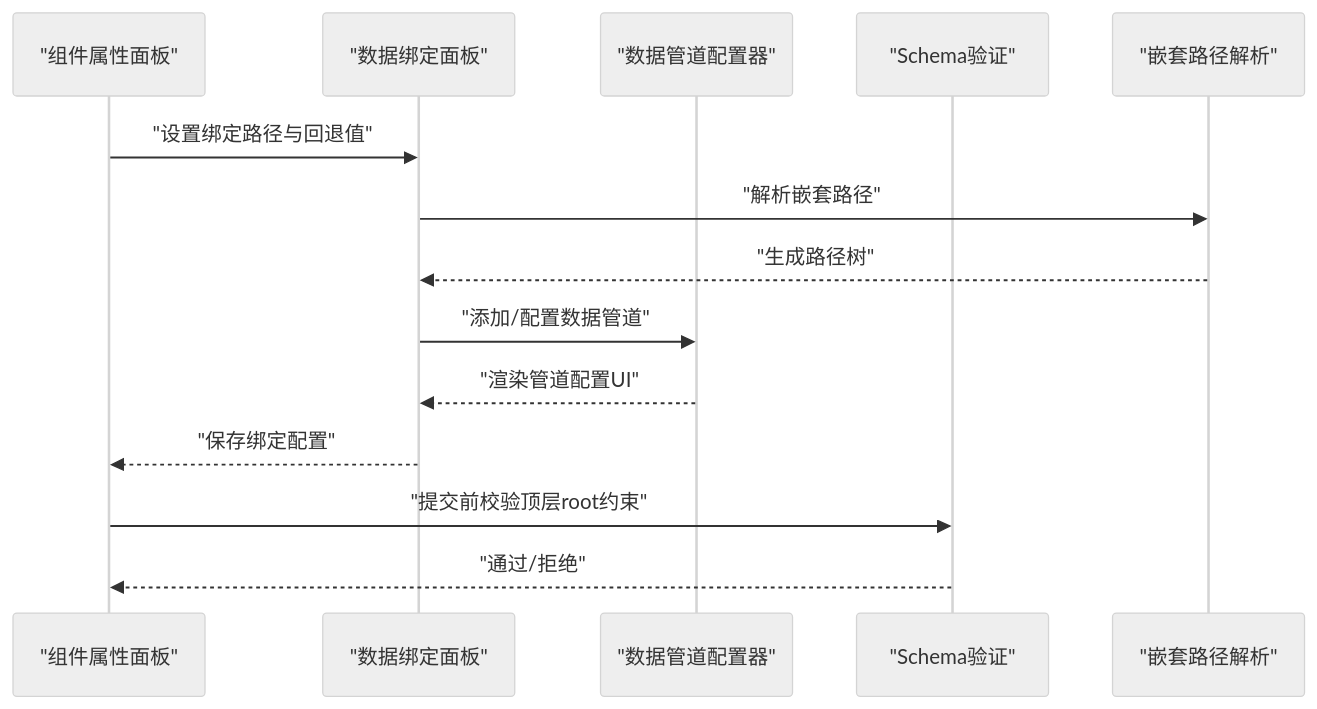
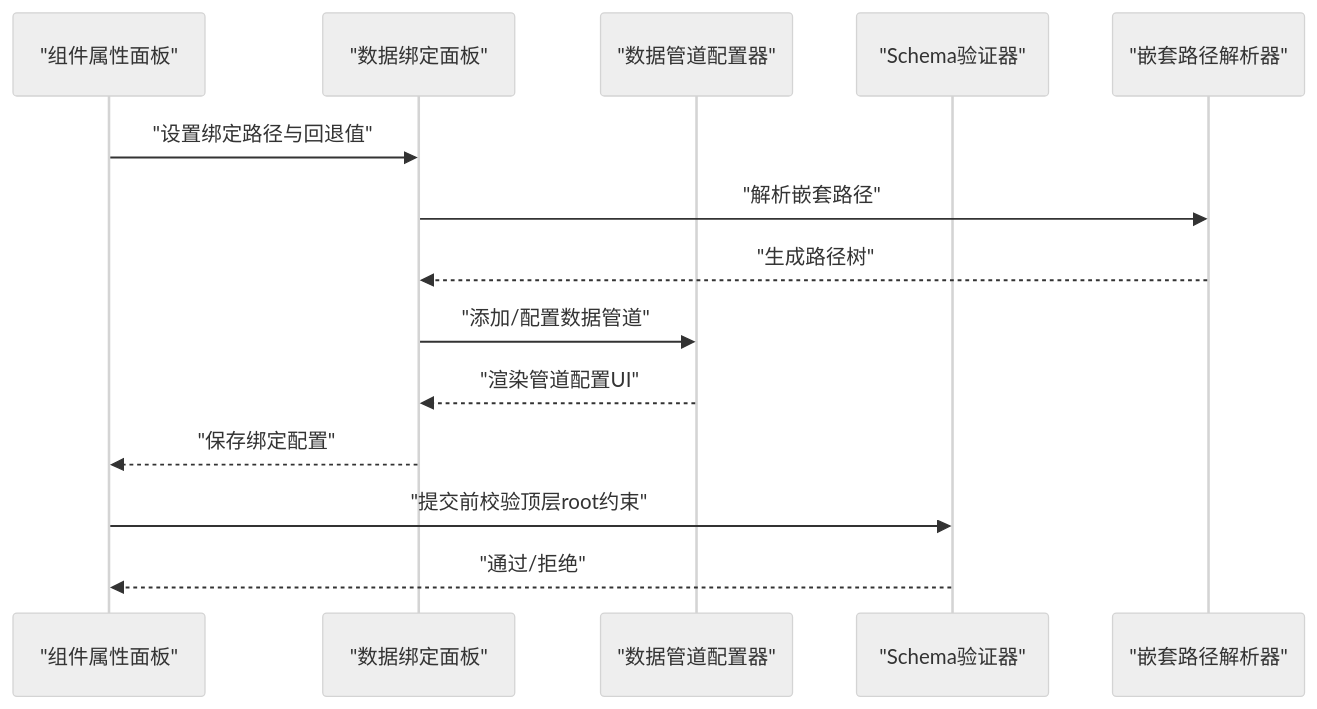
One commit to joker-yjc/printer changed the fifth of 9 diagrams in .qoder/repowiki/zh/content/设计器前端应用/数据绑定系统/Schema管理.md. Above: the diagram before and after it, drawn with Mermaid (neutral theme). The commit also changed other lines of this file and 44 other files, not shown here.

````diff
--- a/.qoder/repowiki/zh/content/设计器前端应用/数据绑定系统/Schema管理.md
+++ b/.qoder/repowiki/zh/content/设计器前端应用/数据绑定系统/Schema管理.md
@@ -216,16 +245,16 @@
 ```mermaid
 sequenceDiagram
 participant C as "组件属性面板"
 participant D as "数据绑定面板"
 participant P as "数据管道配置器"
-participant V as "Schema验证"
-participant N as "嵌套路径解析"
+participant V as "Schema验证器"
+participant N as "嵌套路径解析器"
 C->>D : "设置绑定路径与回退值"
 D->>N : "解析嵌套路径"
 N-->>D : "生成路径树"
 D->>P : "添加/配置数据管道"
 P-->>D : "渲染管道配置UI"
 D-->>C : "保存绑定配置"
 C->>V : "提交前校验顶层root约束"
 V-->>C : "通过/拒绝"
 ```
````
